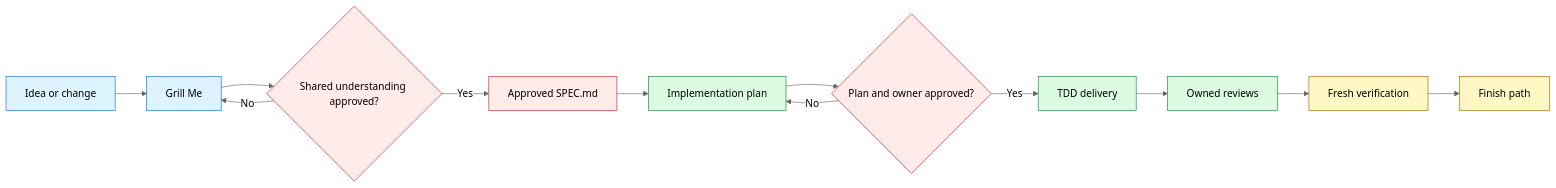
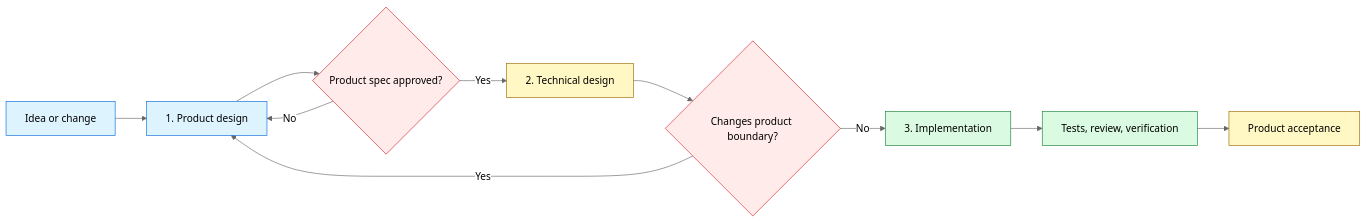
The diagram in README.md (okht/grill-powers), drawn with Mermaid (neutral theme) before and after one commit. The commit also changed other lines of this file and 1 other file, not shown here.

Commit message:
Clarify three-stage product manager workflow

````diff
--- a/README.md
+++ b/README.md
@@ -69,22 +88,22 @@
 ```mermaid
 flowchart LR
-    I["Idea or change"] --> G["Grill Me"]
-    G --> U{"Shared understanding approved?"}
-    U -- "No" --> G
-    U -- "Yes" --> S["Approved SPEC.md"]
-    S --> P["Implementation plan"]
-    P --> A{"Plan and owner approved?"}
-    A -- "No" --> P
-    A -- "Yes" --> D["TDD delivery"]
-    D --> R["Owned reviews"]
-    R --> V["Fresh verification"]
-    V --> F["Finish path"]
-    classDef discovery fill:#ddf4ff,stroke:#0969da,color:#000
+    I["Idea or change"] --> P["1. Product design"]
+    P --> S{"Product spec approved?"}
+    S -- "No" --> P
+    S -- "Yes" --> T["2. Technical design"]
+    T --> C{"Changes product boundary?"}
+    C -- "Yes" --> P
+    C -- "No" --> D["3. Implementation"]
+    D --> V["Tests, review, verification"]
+    V --> A["Product acceptance"]
+    classDef product fill:#ddf4ff,stroke:#0969da,color:#000
     classDef gate fill:#ffebe9,stroke:#cf222e,color:#000
-    classDef delivery fill:#dafbe1,stroke:#1a7f37,color:#000
+    classDef technical fill:#fff8c5,stroke:#9a6700,color:#000
+    classDef implementation fill:#dafbe1,stroke:#1a7f37,color:#000
     classDef evidence fill:#fff8c5,stroke:#9a6700,color:#000
-    class I,G discovery
-    class U,S,A gate
-    class P,D,R delivery
-    class V,F evidence
+    class I,P product
+    class S,C gate
+    class T technical
+    class D,V implementation
+    class A evidence
 ```
````
